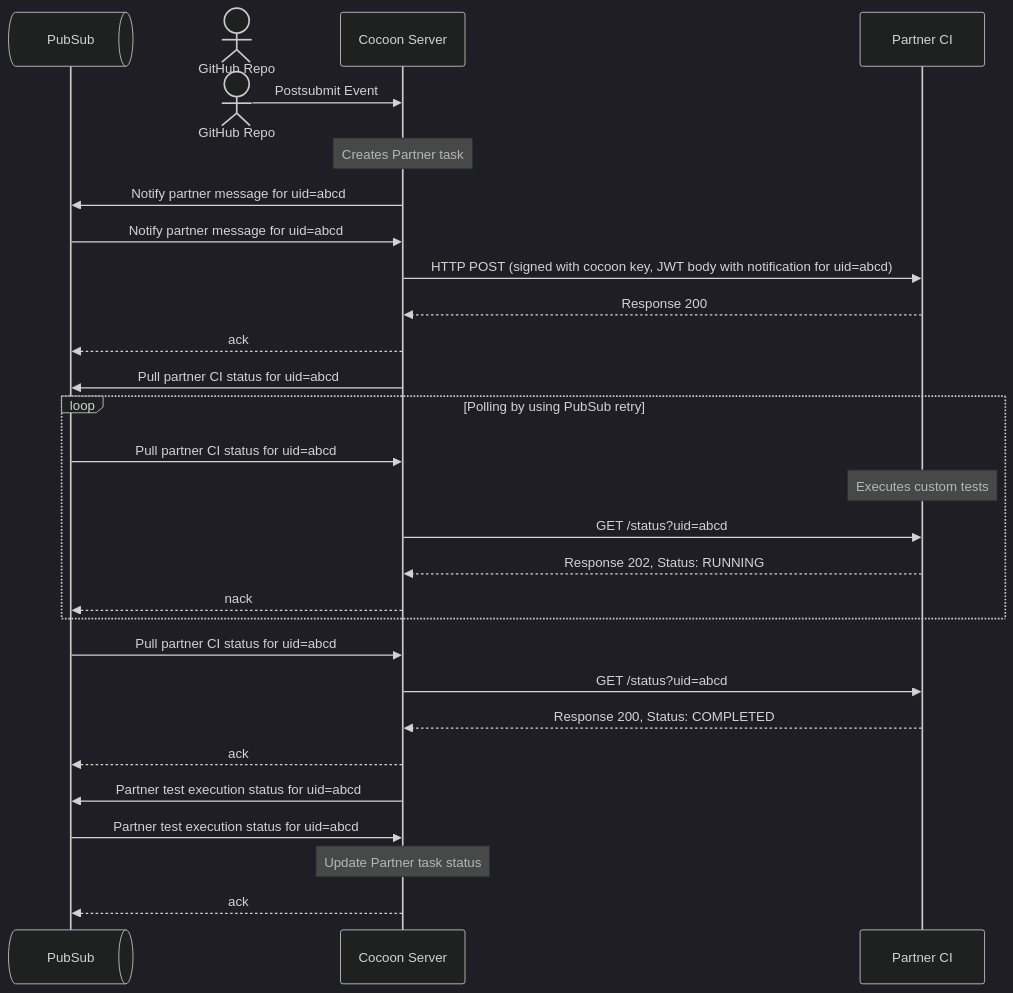
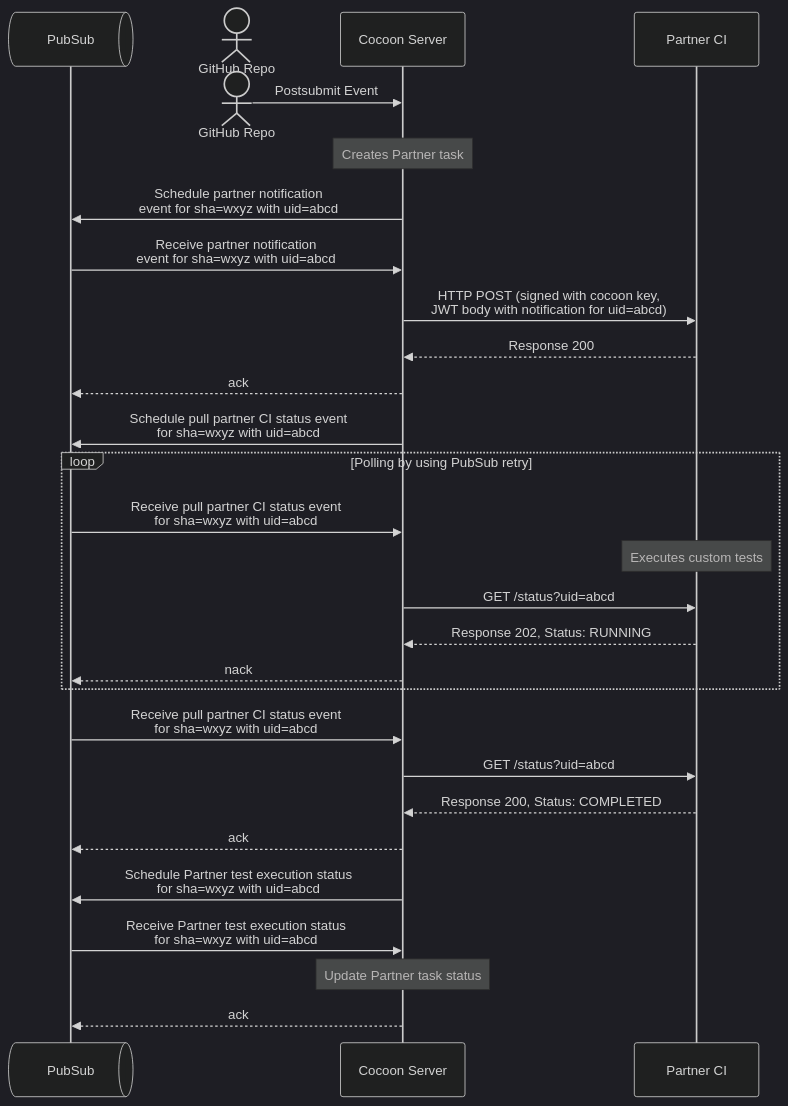
Before and after one commit to flutter/rfc: the eighth of 8 diagrams in rfc/610.0000-flutter-pluggable-ci.md, drawn with Mermaid (dark theme). The commit also changed other lines of this file, not shown here.

Commit message:
respond to all codefu comments. split flow diagram to multiple logical parts

````diff
--- a/rfc/610.0000-flutter-pluggable-ci.md
+++ b/rfc/610.0000-flutter-pluggable-ci.md
@@ -372,34 +354,34 @@
 ```mermaid
 sequenceDiagram
     participant PubSub@{"type":"queue"}
     actor GitHub as GitHub Repo
     participant Cocoon as Cocoon Server
     participant Partner as Partner CI
     destroy GitHub
 
     GitHub->>Cocoon: Postsubmit Event
     Note over Cocoon: Creates Partner task
-    Cocoon->>PubSub: Notify partner message for uid=abcd
-    PubSub->>Cocoon: Notify partner message for uid=abcd
-    Cocoon->>Partner: HTTP POST (signed with cocoon key, JWT body with notification for uid=abcd)
+    Cocoon->>PubSub: Schedule partner notification<br/>event for sha=wxyz with uid=abcd
+    PubSub->>Cocoon: Receive partner notification<br/>event for sha=wxyz with uid=abcd
+    Cocoon->>Partner: HTTP POST (signed with cocoon key,<br/>JWT body with notification for uid=abcd)
     Partner-->>Cocoon: Response 200
     Cocoon-->>PubSub: ack
-    Cocoon->>PubSub: Pull partner CI status for uid=abcd
+    Cocoon->>PubSub: Schedule pull partner CI status event<br/>for sha=wxyz with uid=abcd
 
     loop Polling by using PubSub retry
-        PubSub->>Cocoon: Pull partner CI status for uid=abcd
+        PubSub->>Cocoon: Receive pull partner CI status event<br/>for sha=wxyz with uid=abcd
         Note over Partner: Executes custom tests
         Cocoon->>Partner: GET /status?uid=abcd
         Partner-->>Cocoon: Response 202, Status: RUNNING
         Cocoon-->>PubSub: nack
     end
 
-    PubSub->>Cocoon: Pull partner CI status for uid=abcd
+    PubSub->>Cocoon: Receive pull partner CI status event<br/>for sha=wxyz with uid=abcd
     Cocoon->>Partner: GET /status?uid=abcd
     Partner-->>Cocoon: Response 200, Status: COMPLETED
     Cocoon-->>PubSub: ack
-    Cocoon->>PubSub: Partner test execution status for uid=abcd
-    PubSub->>Cocoon: Partner test execution status for uid=abcd
+    Cocoon->>PubSub: Schedule Partner test execution status<br/>for sha=wxyz with uid=abcd
+    PubSub->>Cocoon: Receive Partner test execution status<br/>for sha=wxyz with uid=abcd
     Note over Cocoon: Update Partner task status
     Cocoon-->>PubSub: ack
 ```
````
